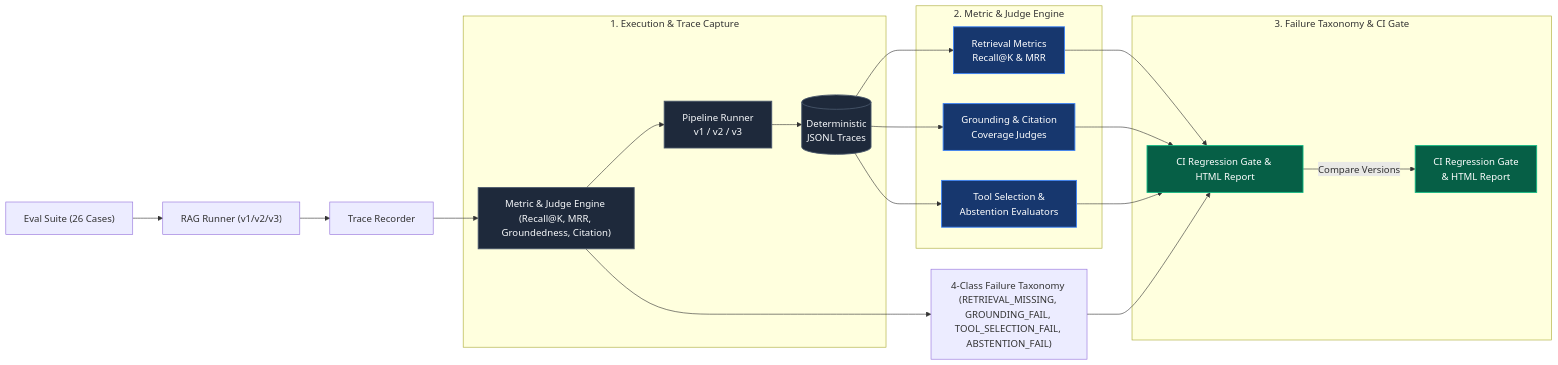
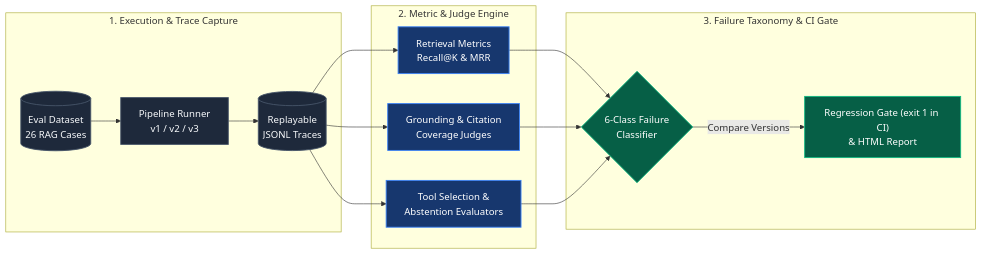
The first of 4 diagrams in README.md (vaibhav3000/aire), drawn with Mermaid before and after one commit. The commit also changed other lines of this file, not shown here.

Commit message:
README: fix diagram and taxonomy count, document the CI regression gate

````diff
--- a/README.md
+++ b/README.md
@@ -18,23 +18,22 @@
 ```mermaid
 flowchart LR
   subgraph S1["1. Execution & Trace Capture"]
-    D[("Eval Dataset\n26 RAG Cases")] --> R["Pipeline Runner\nv1 / v2 / v3"]
-    R --> T[("Deterministic\nJSONL Traces")]
+    D[("Eval Dataset<br>26 RAG Cases")] --> R["Pipeline Runner<br>v1 / v2 / v3"]
+    R --> T[("Replayable<br>JSONL Traces")]
   end
   subgraph S2["2. Metric & Judge Engine"]
-    T --> M1["Retrieval Metrics\nRecall@K & MRR"]
-    T --> M2["Grounding & Citation\nCoverage Judges"]
-    T --> M3["Tool Selection &\nAbstention Evaluators"]
+    T --> M1["Retrieval Metrics<br>Recall@K & MRR"]
+    T --> M2["Grounding & Citation<br>Coverage Judges"]
+    T --> M3["Tool Selection &<br>Abstention Evaluators"]
   end
   subgraph S3["3. Failure Taxonomy & CI Gate"]
-    M1 & M2 & M3 --> F{"4-Class Failure\nClassifier"}
-    F -->|Compare Versions| G["CI Regression Gate\n& HTML Report"]
+    M1 & M2 & M3 --> F{"6-Class Failure<br>Classifier"}
+    F -->|Compare Versions| G["Regression Gate (exit 1 in CI)<br>& HTML Report"]
   end
   classDef stage1 fill:#1e293b,stroke:#475569,color:#f8fafc,stroke-width:1.5px;
   classDef stage2 fill:#17376e,stroke:#3b82f6,color:#ffffff,stroke-width:1.5px;
   classDef stage3 fill:#065f46,stroke:#10b981,color:#ffffff,stroke-width:1.5px;
   class D,R,T stage1;
   class M1,M2,M3 stage2;
   class F,G stage3;
-    A["Eval Suite (26 Cases)"] --> B["RAG Runner (v1/v2/v3)"] --> C["Trace Recorder"] --> D["Metric & Judge Engine (Recall@K, MRR, Groundedness, Citation)"] --> E["4-Class Failure Taxonomy (RETRIEVAL_MISSING, GROUNDING_FAIL, TOOL_SELECTION_FAIL, ABSTENTION_FAIL)"] --> F["CI Regression Gate & HTML Report"]
 ```
````
